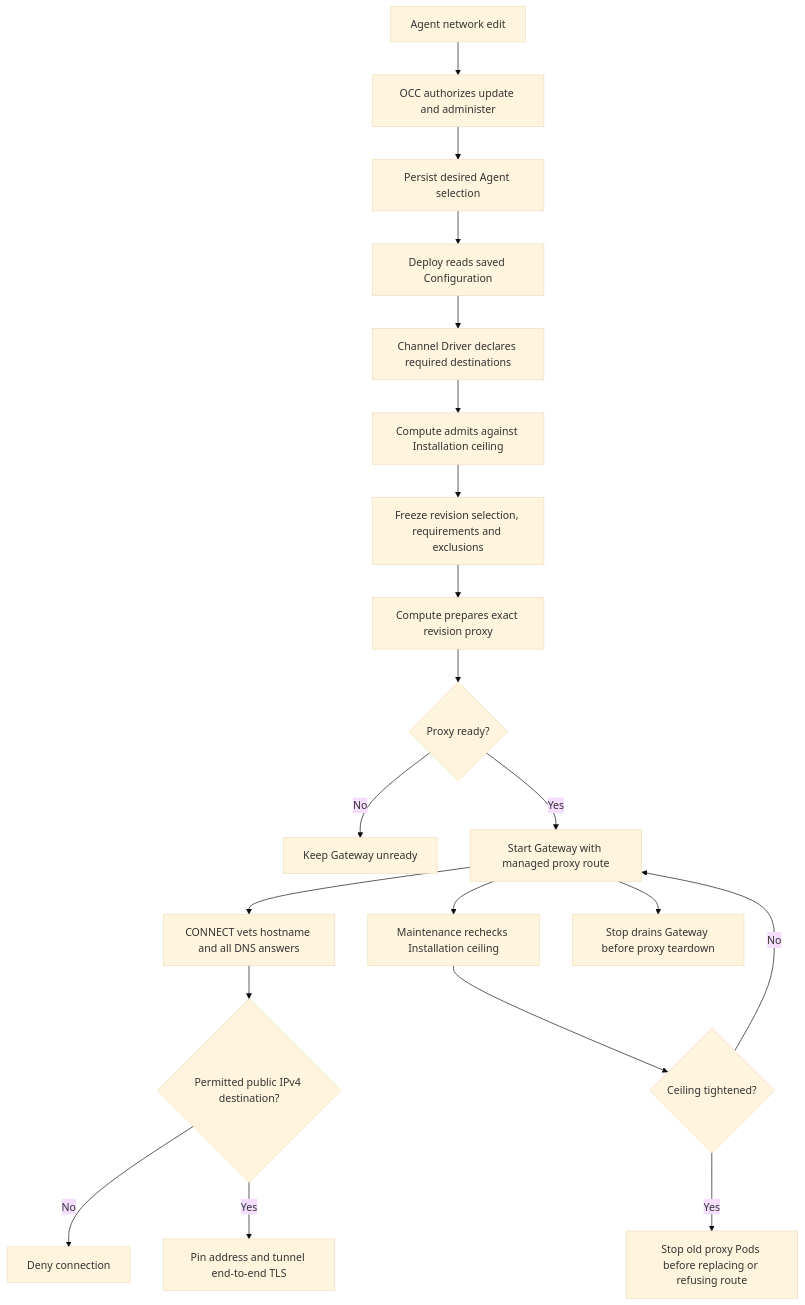
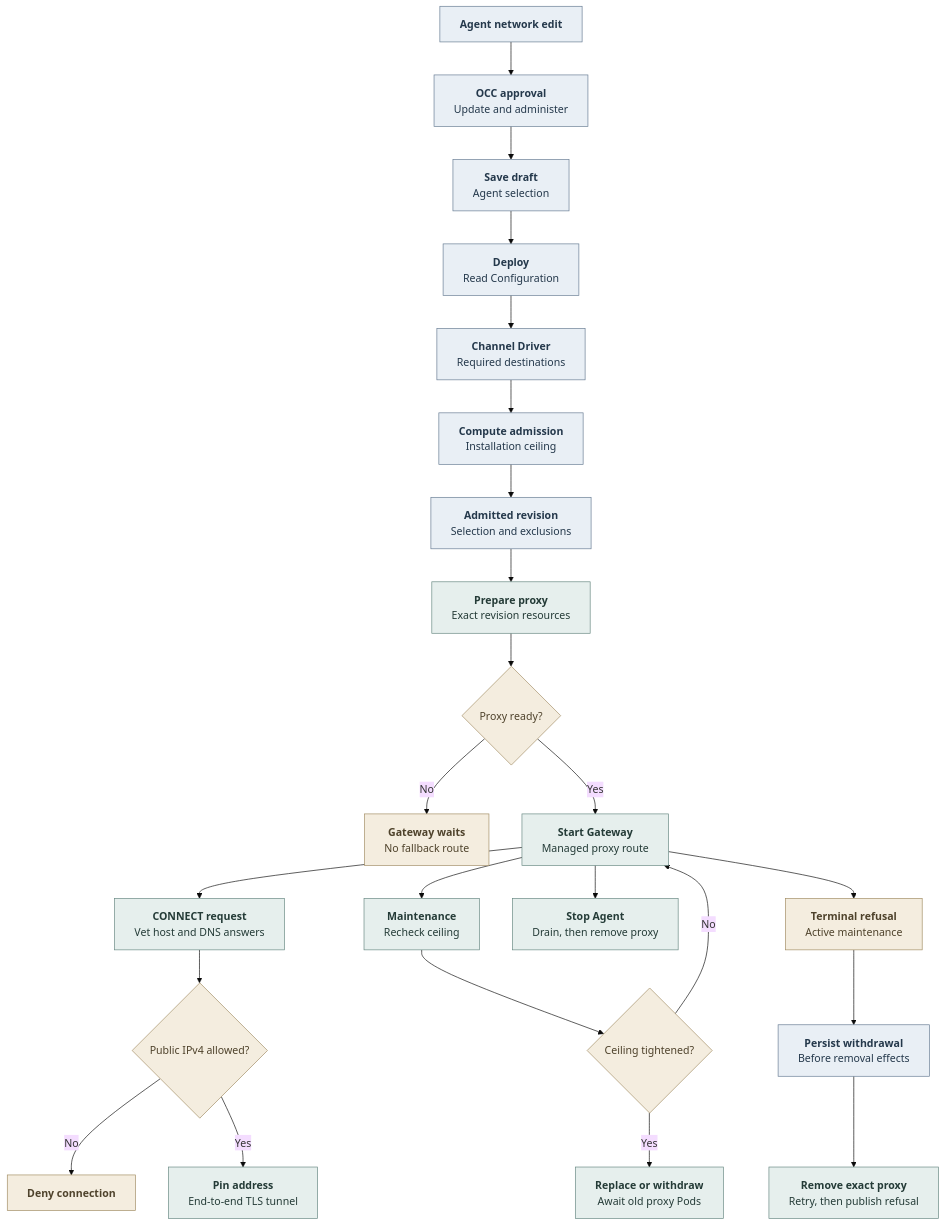
Before and after one commit to openclaw/openclaw-enterprise: the diagram in docs/flows/gateway-outbound.md, drawn with Mermaid (base theme). The commit also changed other lines of this file and 31 other files, not shown here.

Commit message:
fix: persist removal-only Gateway outbound withdrawal across worker recovery

````diff
--- a/docs/flows/gateway-outbound.md
+++ b/docs/flows/gateway-outbound.md
@@ -28,22 +28,31 @@
 ```mermaid
 graph TD
-  A["Agent network edit"] --> B["OCC authorizes update and administer"]
-  B --> C["Persist desired Agent selection"]
-  C --> D["Deploy reads saved Configuration"]
-  D --> E["Channel Driver declares required destinations"]
-  E --> F["Compute admits against Installation ceiling"]
-  F --> G["Freeze revision selection, requirements and exclusions"]
-  G --> H["Compute prepares exact revision proxy"]
+  A["<b>Agent network edit</b>"] --> B["<b>OCC approval</b><br/>Update and administer"]
+  B --> C["<b>Save draft</b><br/>Agent selection"]
+  C --> D["<b>Deploy</b><br/>Read Configuration"]
+  D --> E["<b>Channel Driver</b><br/>Required destinations"]
+  E --> F["<b>Compute admission</b><br/>Installation ceiling"]
+  F --> G["<b>Admitted revision</b><br/>Selection and exclusions"]
+  G --> H["<b>Prepare proxy</b><br/>Exact revision resources"]
   H --> I{"Proxy ready?"}
-  I -->|No| J["Keep Gateway unready"]
-  I -->|Yes| K["Start Gateway with managed proxy route"]
-  K --> L["CONNECT vets hostname and all DNS answers"]
-  L --> M{"Permitted public IPv4 destination?"}
-  M -->|No| N["Deny connection"]
-  M -->|Yes| O["Pin address and tunnel end-to-end TLS"]
-  K --> P["Maintenance rechecks Installation ceiling"]
+  I -->|No| J["<b>Gateway waits</b><br/>No fallback route"]
+  I -->|Yes| K["<b>Start Gateway</b><br/>Managed proxy route"]
+  K --> L["<b>CONNECT request</b><br/>Vet host and DNS answers"]
+  L --> M{"Public IPv4 allowed?"}
+  M -->|No| N["<b>Deny connection</b>"]
+  M -->|Yes| O["<b>Pin address</b><br/>End-to-end TLS tunnel"]
+  K --> P["<b>Maintenance</b><br/>Recheck ceiling"]
   P --> Q{"Ceiling tightened?"}
-  Q -->|Yes| R["Stop old proxy Pods before replacing or refusing route"]
+  Q -->|Yes| R["<b>Replace or withdraw</b><br/>Await old proxy Pods"]
   Q -->|No| K
-  K --> S["Stop drains Gateway before proxy teardown"]
+  K --> S["<b>Stop Agent</b><br/>Drain, then remove proxy"]
+  K --> T["<b>Terminal refusal</b><br/>Active maintenance"]
+  T --> U["<b>Persist withdrawal</b><br/>Before removal effects"]
+  U --> V["<b>Remove exact proxy</b><br/>Retry, then publish refusal"]
+  classDef state fill:#e9eff5,stroke:#657a91,color:#24384b,stroke-width:1px;
+  classDef operation fill:#e6efed,stroke:#668780,color:#243b37,stroke-width:1px;
+  classDef gate fill:#f4eddf,stroke:#a18c62,color:#4e422b,stroke-width:1px;
+  class A,B,C,D,E,F,G,U state;
+  class H,K,L,O,P,R,S,V operation;
+  class I,J,M,N,Q,T gate;
 ```
````
